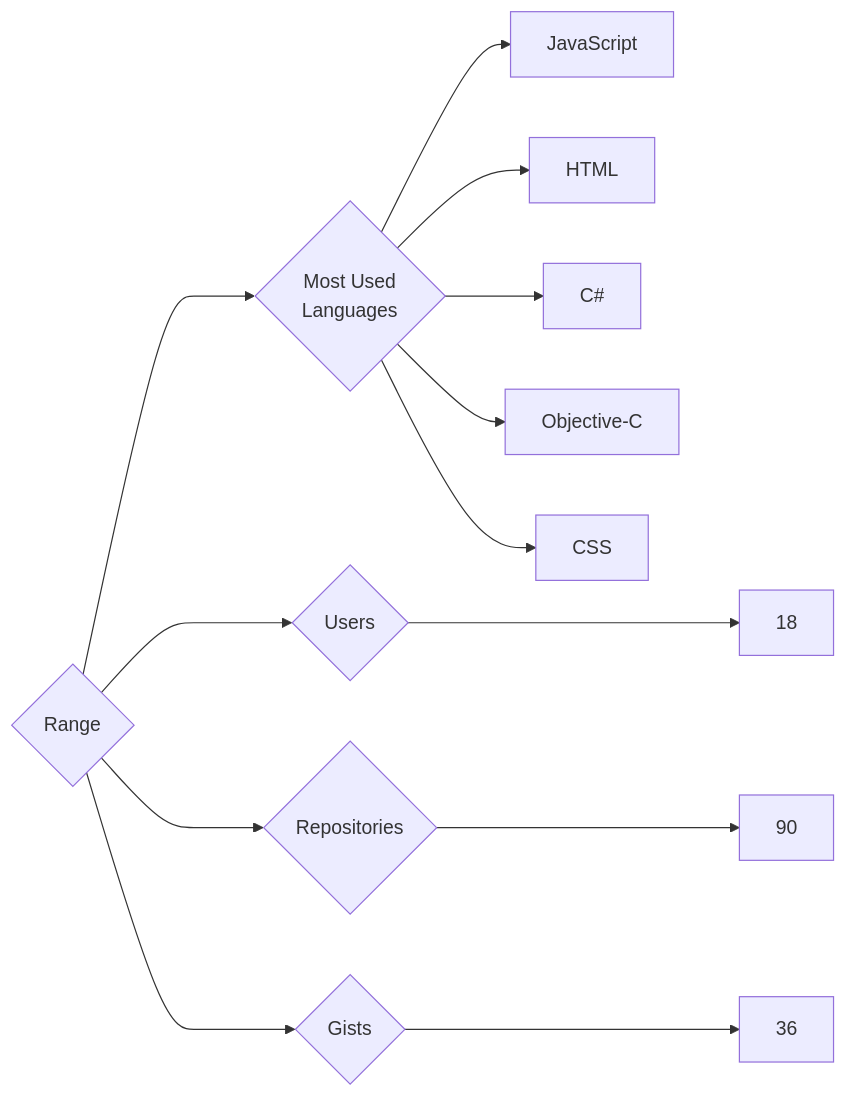
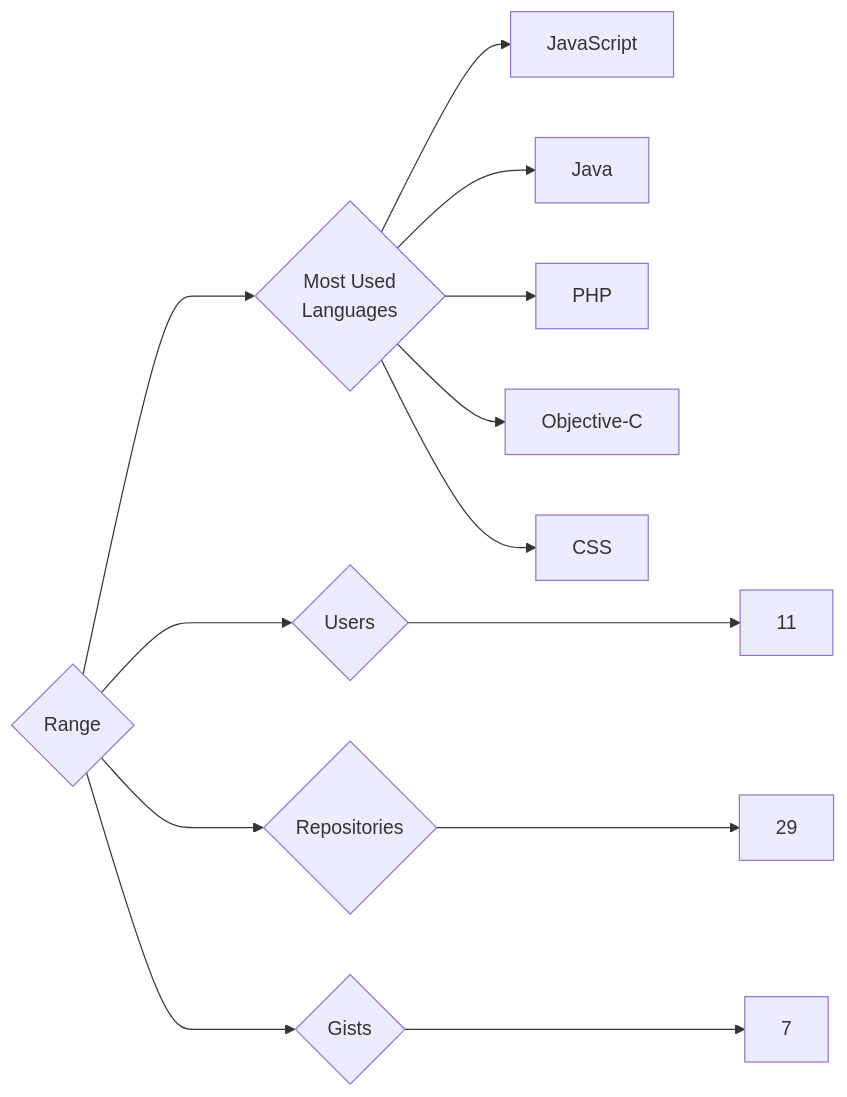
Before and after one commit to trickest/insiders: the diagram in targets/Range/README.md, drawn with Mermaid. The commit also changed 877 other files, not shown here.

````diff
--- a/targets/Range/README.md
+++ b/targets/Range/README.md
@@ -3,13 +3,13 @@
 ```mermaid
 graph LR
 COMPANY_NAME{Range}
-COMPANY_NAME ---> U{Users} ---> UN[18]
-COMPANY_NAME ---> R{Repositories} ---> RN[90]
-COMPANY_NAME ---> G{Gists} ---> GN[36]
+COMPANY_NAME ---> U{Users} ---> UN[11]
+COMPANY_NAME ---> R{Repositories} ---> RN[29]
+COMPANY_NAME ---> G{Gists} ---> GN[7]
 COMPANY_NAME ---> ML{Most Used<br>Languages}
 ML --> JavaScript[JavaScript]
-ML --> HTML[HTML]
-ML --> C#[C#]
+ML --> Java[Java]
+ML --> PHP[PHP]
 ML --> Objective-C[Objective-C]
 ML --> CSS[CSS]
 ```
````
